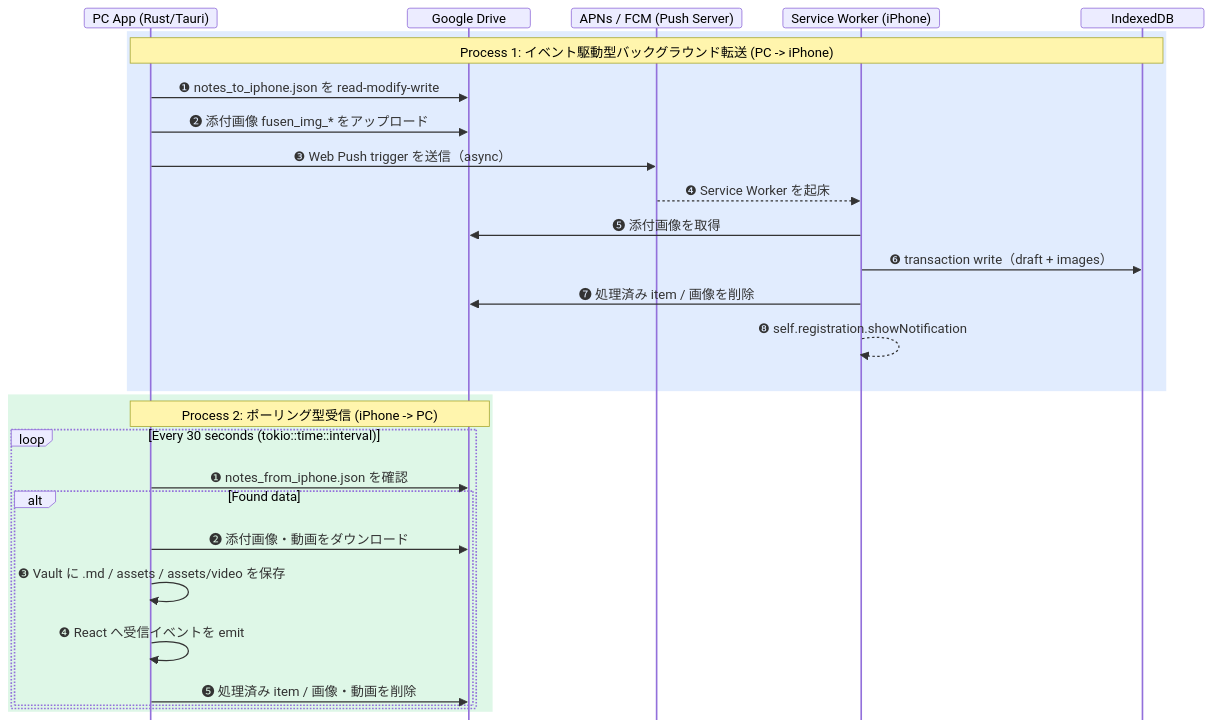
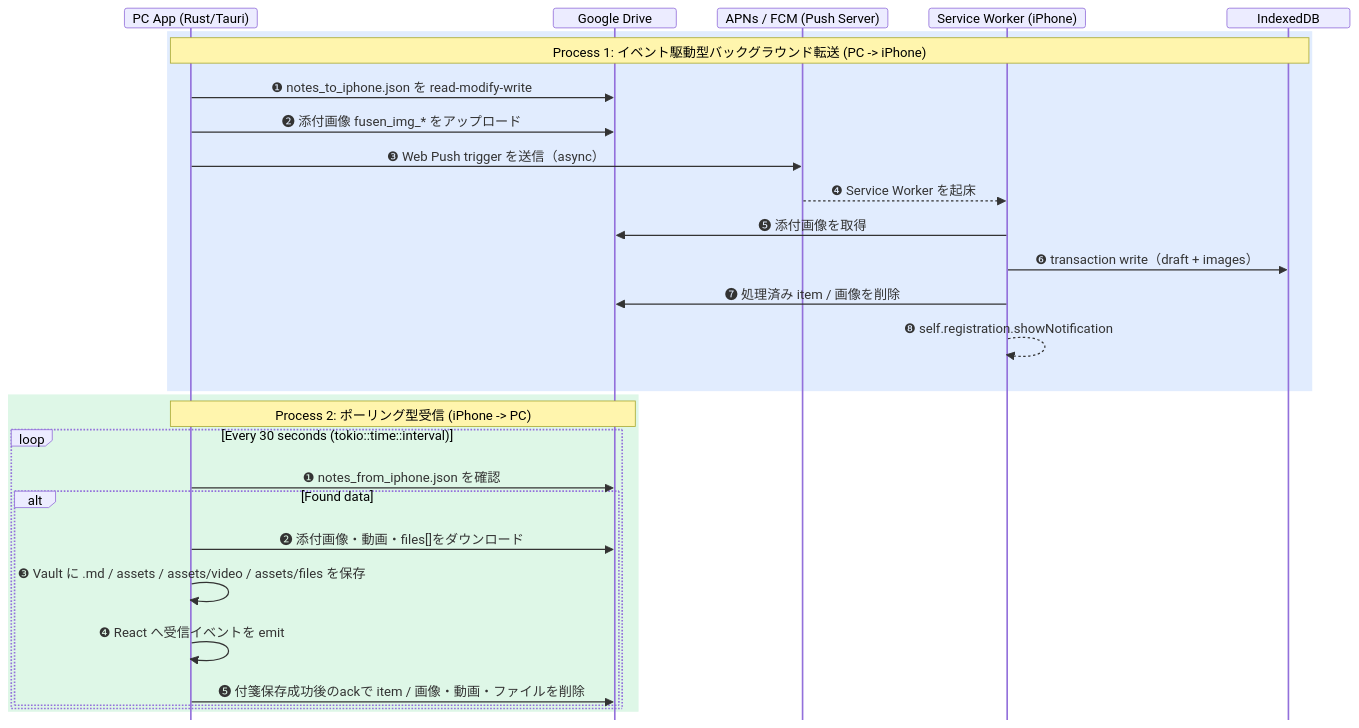
Before and after one commit to ore-no-fusen/ore-no-fusen: the second of 3 diagrams in docs-v2/006_ARCHITECTURE.md, drawn with Mermaid. The commit also changed other lines of this file and 24 other files, not shown here.

````diff
--- a/docs-v2/006_ARCHITECTURE.md
+++ b/docs-v2/006_ARCHITECTURE.md
@@ -89,34 +89,34 @@
 ```mermaid
 %%{init: {'sequence': {'messageMargin': 8, 'mirrorActors': false, 'height': 24, 'boxMargin': 4, 'noteMargin': 6}}}%%
 sequenceDiagram
     participant PC as PC App (Rust/Tauri)
     participant Drive as Google Drive
     participant Push as APNs / FCM (Push Server)
     participant SW as Service Worker (iPhone)
     participant IDB as IndexedDB
     
     rect rgba(59, 130, 246, 0.15)
     Note over PC,IDB: Process 1: イベント駆動型バックグラウンド転送 (PC -> iPhone)
     PC->>Drive: ❶ notes_to_iphone.json を read-modify-write
     PC->>Drive: ❷ 添付画像 fusen_img_* をアップロード
     PC->>Push: ❸ Web Push trigger を送信（async）
     Push-->>SW: ❹ Service Worker を起床
     SW->>Drive: ❺ 添付画像を取得
     SW->>IDB: ❻ transaction write（draft + images）
     SW->>Drive: ❼ 処理済み item / 画像を削除
     SW-->>SW: ❽ self.registration.showNotification
     end
 
     rect rgba(34, 197, 94, 0.15)
     Note over PC,Drive: Process 2: ポーリング型受信 (iPhone -> PC)
     loop Every 30 seconds (tokio::time::interval)
         PC->>Drive: ❶ notes_from_iphone.json を確認
         alt Found data
-            PC->>Drive: ❷ 添付画像・動画をダウンロード
-            PC->>PC: ❸ Vault に .md / assets / assets/video を保存
+            PC->>Drive: ❷ 添付画像・動画・files[]をダウンロード
+            PC->>PC: ❸ Vault に .md / assets / assets/video / assets/files を保存
             PC->>PC: ❹ React へ受信イベントを emit
-            PC->>Drive: ❺ 処理済み item / 画像・動画を削除
+            PC->>Drive: ❺ 付箋保存成功後のackで item / 画像・動画・ファイルを削除
         end
     end
     end
 ```
````
